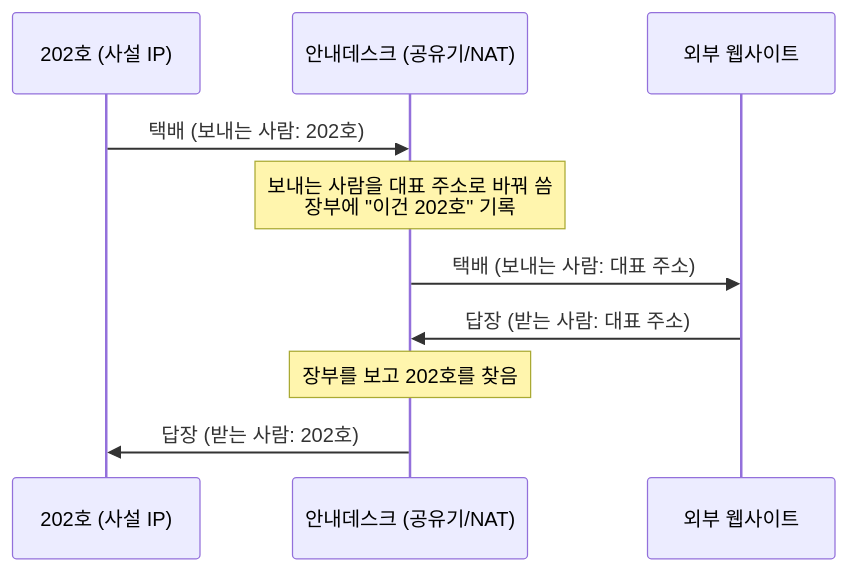
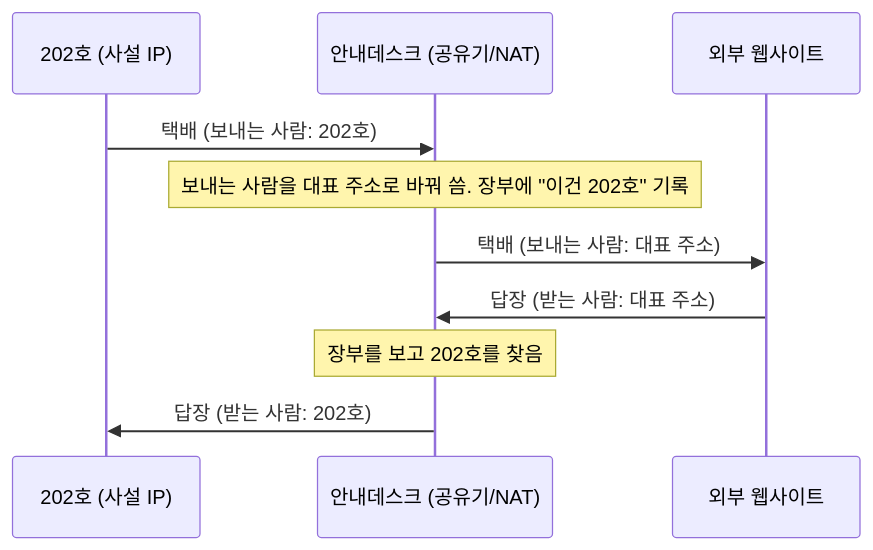
One commit to RJ-Stony/injoy changed the first of 2 diagrams in src/content/posts/port-forwarding.md. Above: the diagram before and after it, drawn with Mermaid. The commit also changed 4 other files, not shown here.

````diff
--- a/src/content/posts/port-forwarding.md
+++ b/src/content/posts/port-forwarding.md
@@ -54,13 +54,13 @@
 ```mermaid
 sequenceDiagram
     participant R as 202호 (사설 IP)
     participant G as 안내데스크 (공유기/NAT)
     participant S as 외부 웹사이트
 
     R->>G: 택배 (보내는 사람: 202호)
-    Note over G: 보내는 사람을 대표 주소로 바꿔 씀<br/>장부에 "이건 202호" 기록
+    Note over G: 보내는 사람을 대표 주소로 바꿔 씀. 장부에 "이건 202호" 기록
     G->>S: 택배 (보내는 사람: 대표 주소)
     S->>G: 답장 (받는 사람: 대표 주소)
     Note over G: 장부를 보고 202호를 찾음
     G->>R: 답장 (받는 사람: 202호)
 ```
````
